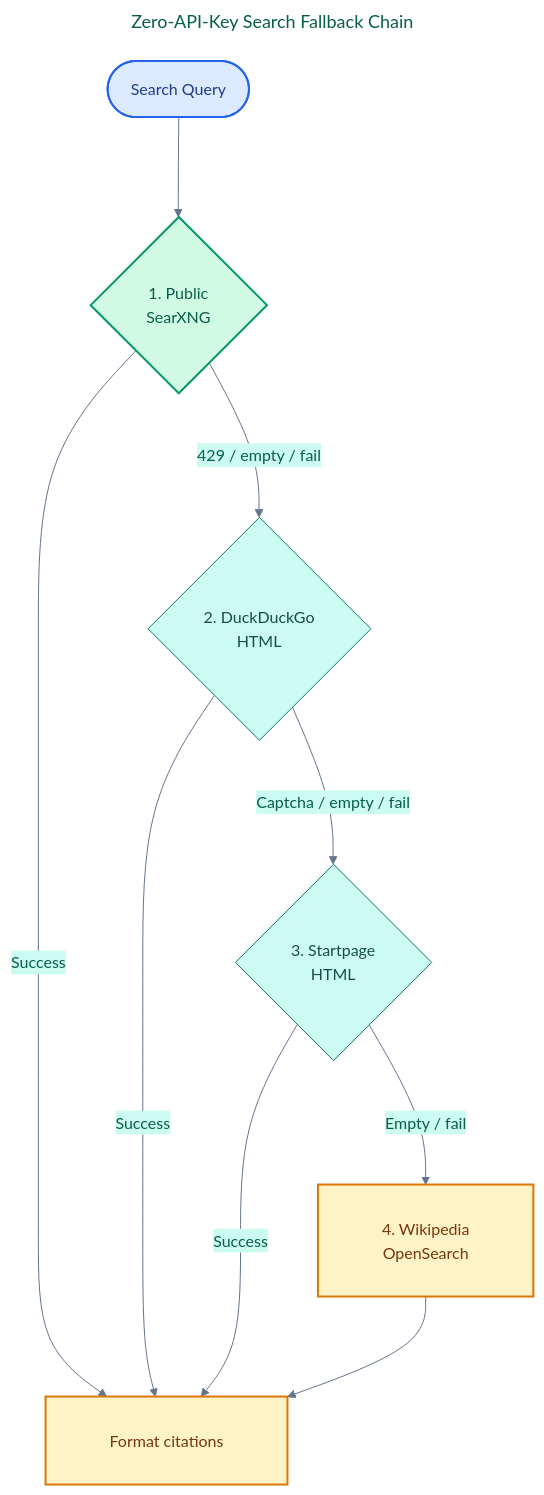
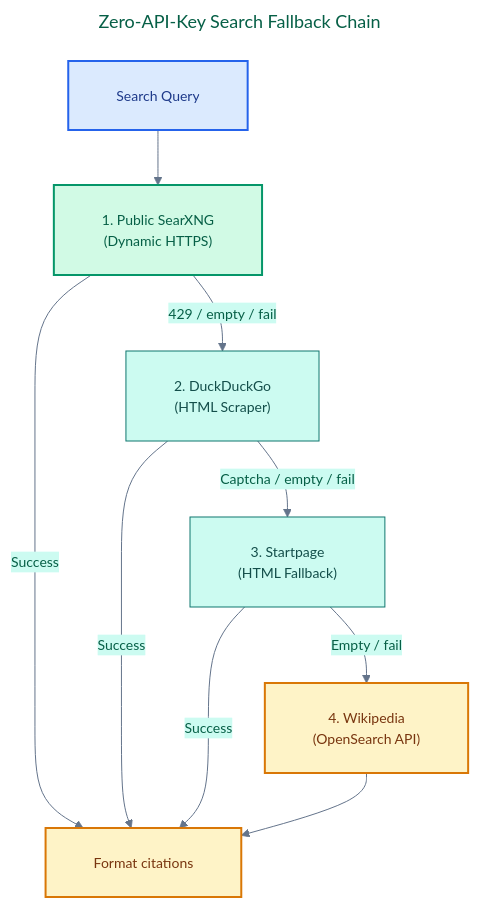
The diagram in docs/SETUP-SEARXNG.md (andycungkrinx91/konoha), drawn with Mermaid before and after one commit. The commit also changed 18 other files, not shown here.

````diff
--- a/docs/SETUP-SEARXNG.md
+++ b/docs/SETUP-SEARXNG.md
@@ -13,39 +13,40 @@
 ```mermaid
 ---
 title: Zero-API-Key Search Fallback Chain
 config:
   theme: base
   themeVariables:
     background: '#ffffff'
     primaryColor: '#d1fae5'
     primaryTextColor: '#065f46'
     primaryBorderColor: '#059669'
     lineColor: '#64748b'
     secondaryColor: '#ccfbf1'
     tertiaryColor: '#fef3c7'
-    fontFamily: 'Inter, ui-sans-serif, system-ui, sans-serif'
+    fontFamily: 'Inter, system-ui, sans-serif'
+    fontSize: '14px'
   flowchart:
-    nodeSpacing: 80
-    rankSpacing: 100
-    padding: 32
-    wrappingWidth: 320
+    nodeSpacing: 45
+    rankSpacing: 55
+    padding: 24
+    wrappingWidth: 380
 ---
 flowchart TD
-    Query([Search Query]) --> Searx{1. Public<br/>SearXNG}
-    Searx -->|Success| Return[Format citations]
-    Searx -->|429 / empty / fail| DDG{2. DuckDuckGo<br/>HTML}
+    Query["Search Query"] --> Searx["1. Public SearXNG<br/>(Dynamic HTTPS)"]
+    Searx -->|Success| Return["Format citations"]
+    Searx -->|429 / empty / fail| DDG["2. DuckDuckGo<br/>(HTML Scraper)"]
     DDG -->|Success| Return
-    DDG -->|Captcha / empty / fail| Startpage{3. Startpage<br/>HTML}
+    DDG -->|Captcha / empty / fail| Startpage["3. Startpage<br/>(HTML Fallback)"]
     Startpage -->|Success| Return
-    Startpage -->|Empty / fail| Wikipedia[4. Wikipedia<br/>OpenSearch]
+    Startpage -->|Empty / fail| Wikipedia["4. Wikipedia<br/>(OpenSearch API)"]
     Wikipedia --> Return
 
     classDef input fill:#dbeafe,stroke:#2563eb,color:#1e3a8a,stroke-width:2px
     classDef primary fill:#d1fae5,stroke:#059669,color:#065f46,stroke-width:2px
     classDef fallback fill:#ccfbf1,stroke:#0f766e,color:#134e4a
     classDef final fill:#fef3c7,stroke:#d97706,color:#78350f,stroke-width:2px
     class Query input
     class Searx primary
     class DDG,Startpage fallback
     class Wikipedia,Return final
 ```
````
